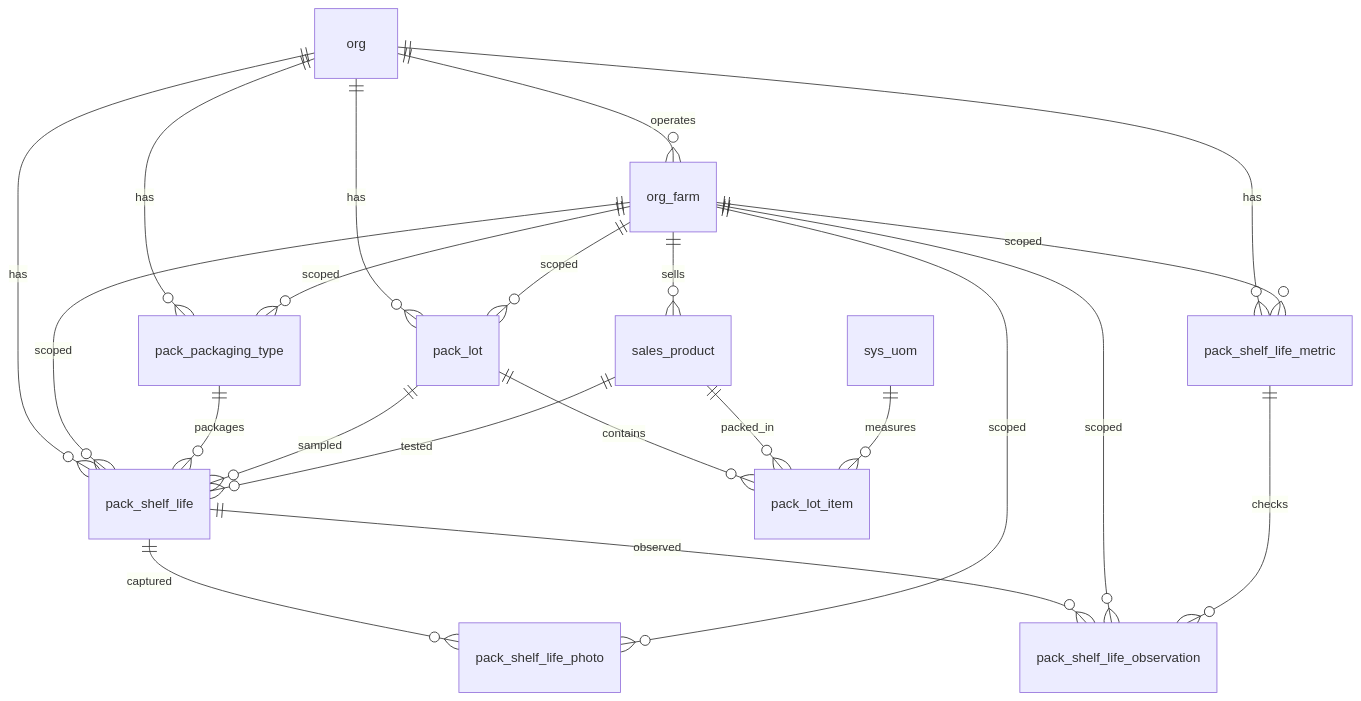
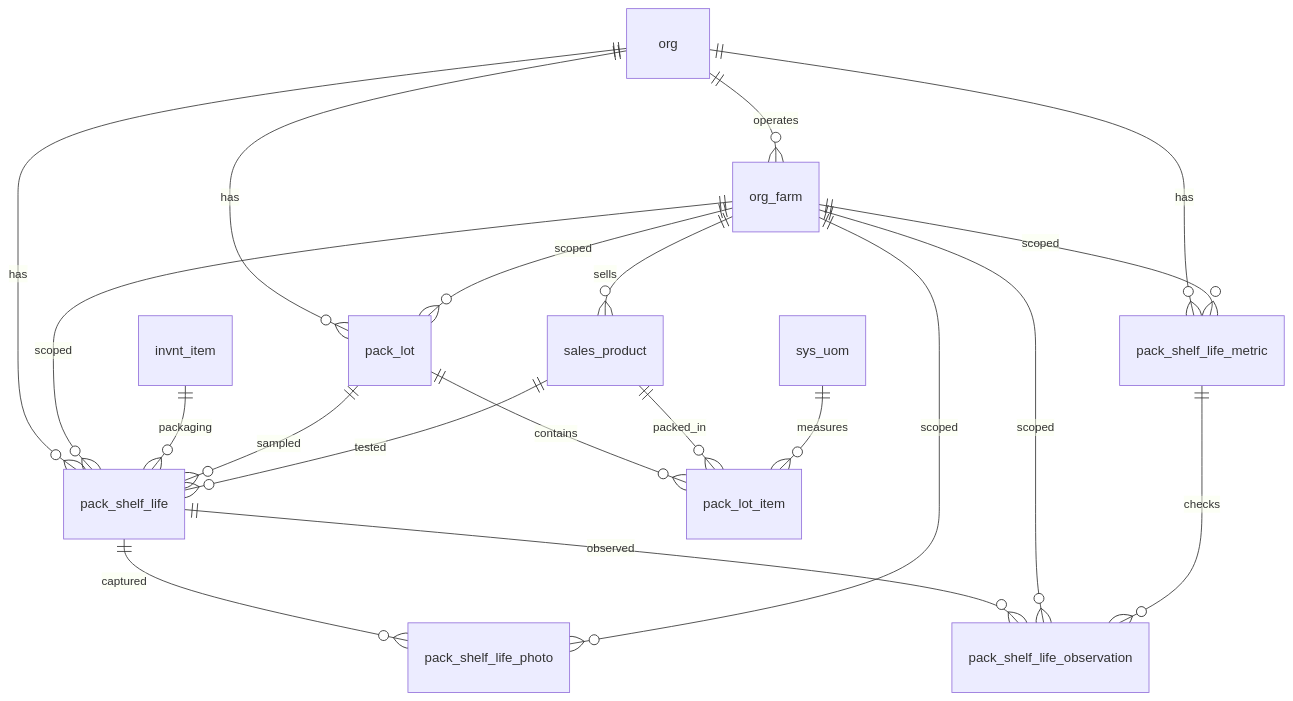
The diagram in docs/schemas/20260325_07_pack.md (Hawaii-Farming/aloha-app), drawn with Mermaid before and after one commit. The commit also changed other lines of this file and 23 other files, not shown here.

````diff
--- a/docs/schemas/20260325_07_pack.md
+++ b/docs/schemas/20260325_07_pack.md
@@ -11,25 +11,23 @@
 ```mermaid
 erDiagram
     org ||--o{ org_farm : operates
-    org ||--o{ pack_packaging_type : has
     org ||--o{ pack_lot : has
     org ||--o{ pack_shelf_life_metric : has
     org ||--o{ pack_shelf_life : has
     org_farm ||--o{ sales_product : sells
     org_farm ||--o{ pack_lot : scoped
     pack_lot ||--o{ pack_lot_item : contains
     sales_product ||--o{ pack_lot_item : packed_in
     sys_uom ||--o{ pack_lot_item : measures
 
-    org_farm ||--o{ pack_packaging_type : scoped
     org_farm ||--o{ pack_shelf_life_metric : scoped
     org_farm ||--o{ pack_shelf_life : scoped
-    pack_packaging_type ||--o{ pack_shelf_life : packages
+    invnt_item ||--o{ pack_shelf_life : packaging
     pack_lot ||--o{ pack_shelf_life : sampled
     sales_product ||--o{ pack_shelf_life : tested
     pack_shelf_life ||--o{ pack_shelf_life_observation : observed
     org_farm ||--o{ pack_shelf_life_observation : scoped
     pack_shelf_life_metric ||--o{ pack_shelf_life_observation : checks
     pack_shelf_life ||--o{ pack_shelf_life_photo : captured
     org_farm ||--o{ pack_shelf_life_photo : scoped
 ```
````
